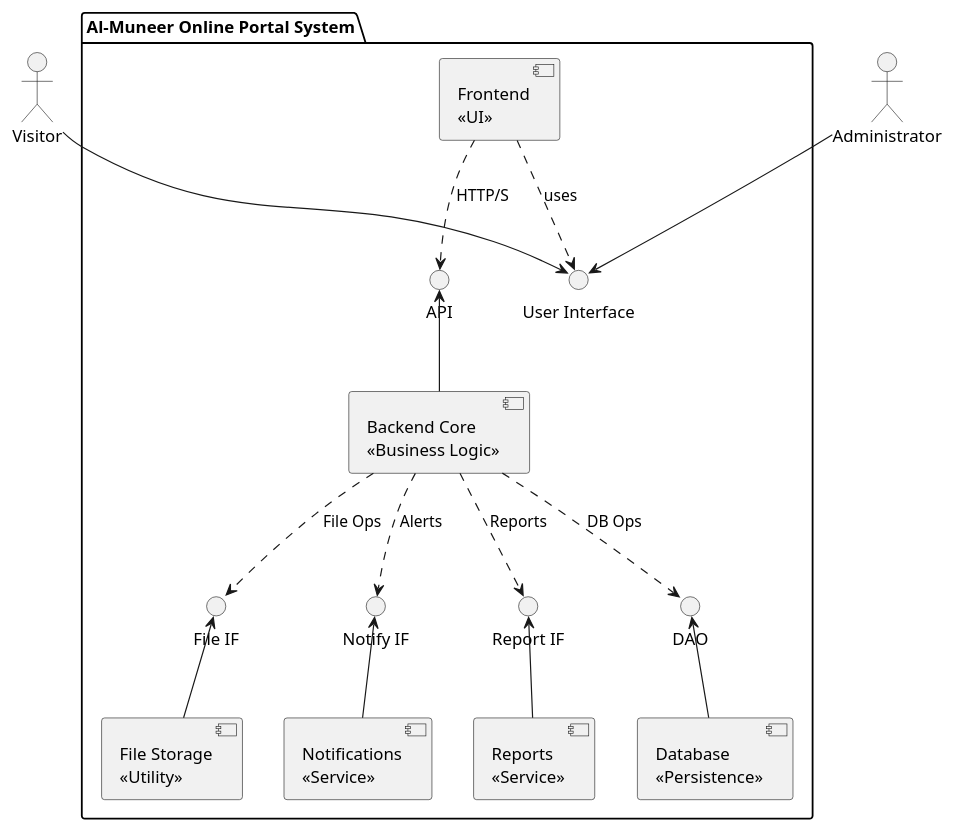
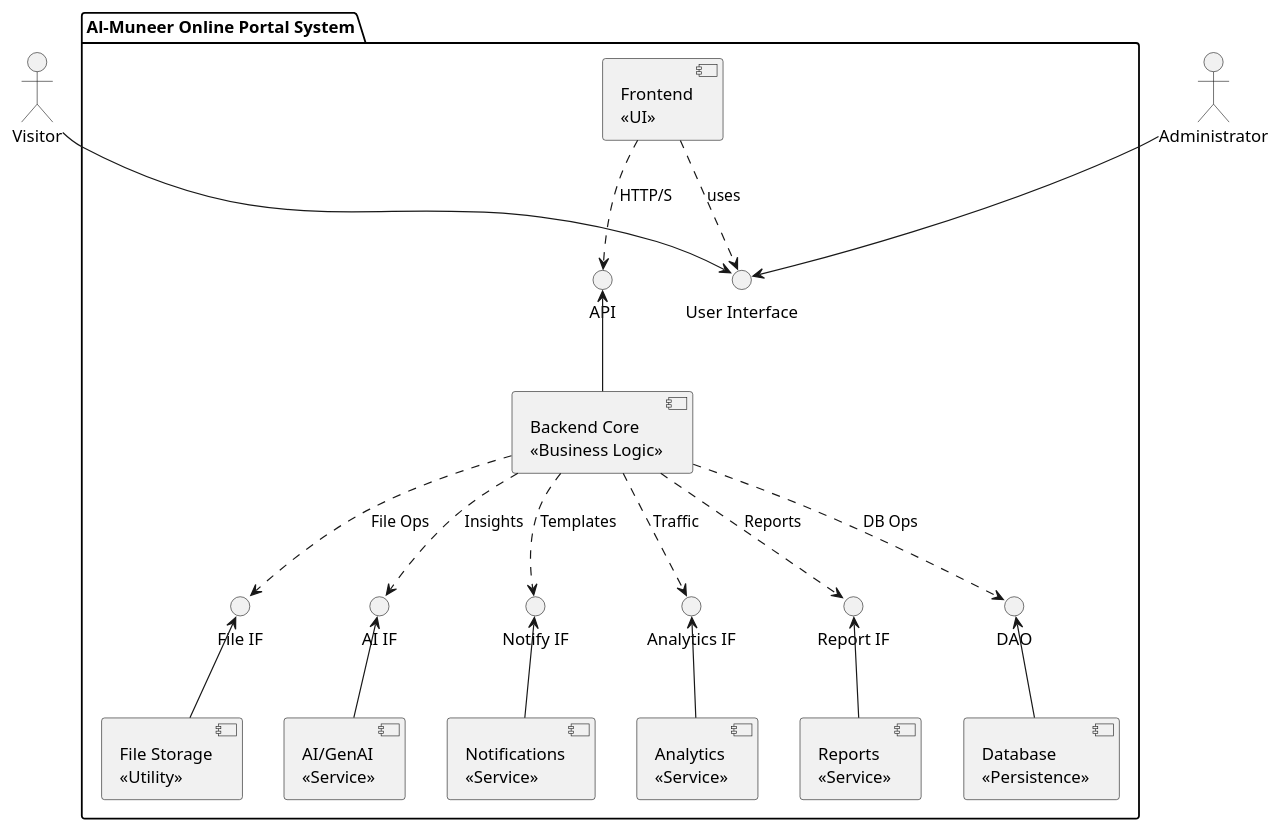
Before and after one commit to 7azmi/Al-Muneer-Portal: the second of 10 diagrams in Academic fluff (temp)/appendix: SDD.md, drawn with PlantUML. The commit also changed other lines of this file, not shown here.

````diff
--- a/Academic fluff (temp)/appendix: SDD.md
+++ b/Academic fluff (temp)/appendix: SDD.md
@@ -470,37 +495,45 @@
 ```plantuml
 @startuml
 actor Visitor
 actor Administrator
 
 package "Al-Muneer Online Portal System" {
     [Frontend\n<<UI>>] as UI
     [Database\n<<Persistence>>] as DB
     [Backend Core\n<<Business Logic>>] as Core
     [Reports\n<<Service>>] as Reports
+    [Analytics\n<<Service>>] as Analytics
     [Notifications\n<<Service>>] as Notif
+    [AI/GenAI\n<<Service>>] as AI
     [File Storage\n<<Utility>>] as File
 
     interface "User Interface" as IF_UI
     interface "API" as IF_API
     interface "DAO" as IF_DAO
     interface "Report IF" as IF_Report
+    interface "Analytics IF" as IF_Analytics
     interface "Notify IF" as IF_Notify
+    interface "AI IF" as IF_AI
     interface "File IF" as IF_File
 
     UI ..> IF_UI : uses
     UI ..> IF_API : HTTP/S
     Core -up-> IF_API
     Core ..> IF_DAO : DB Ops
     DB -up-> IF_DAO
     Core ..> IF_Report : Reports
     Reports -up-> IF_Report
-    Core ..> IF_Notify : Alerts
+    Core ..> IF_Analytics : Traffic
+    Analytics -up-> IF_Analytics
+    Core ..> IF_Notify : Templates
     Notif -up-> IF_Notify
+    Core ..> IF_AI : Insights
+    AI -up-> IF_AI
     Core ..> IF_File : File Ops
     File -up-> IF_File
 }
 
 Visitor --> IF_UI
 Administrator --> IF_UI
 @enduml
 ```
````
